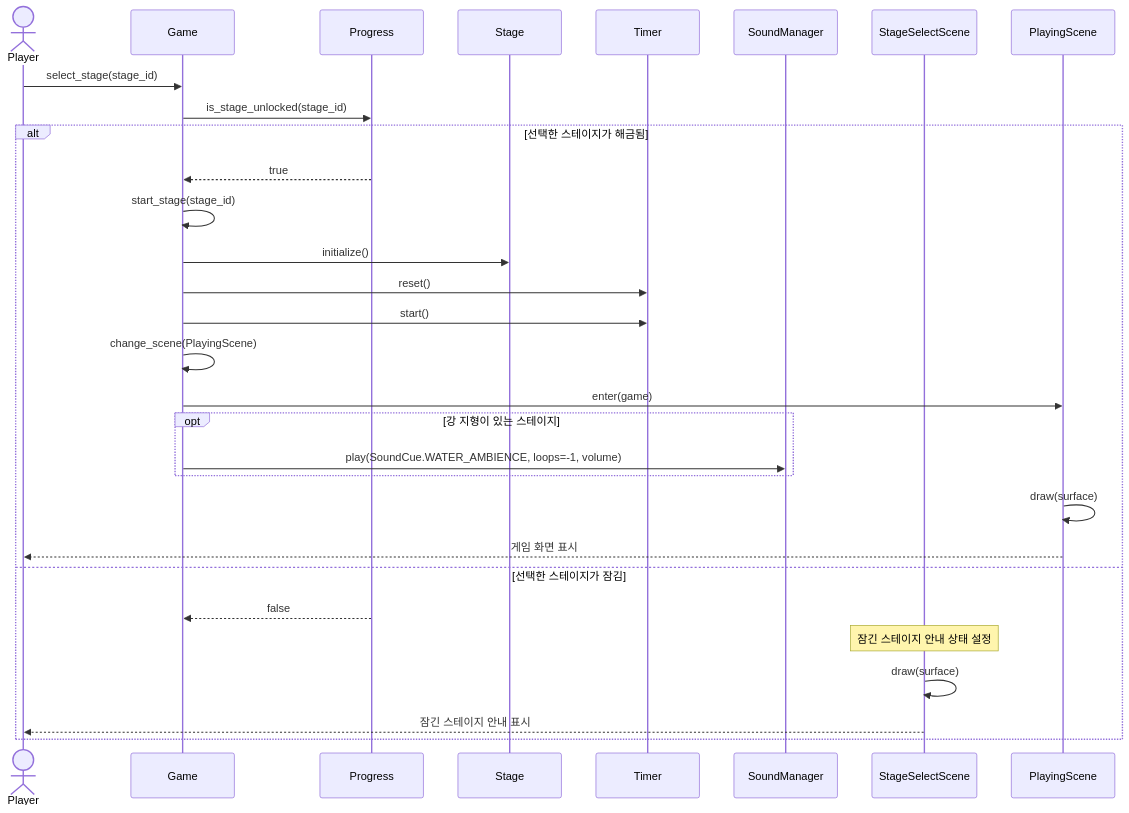
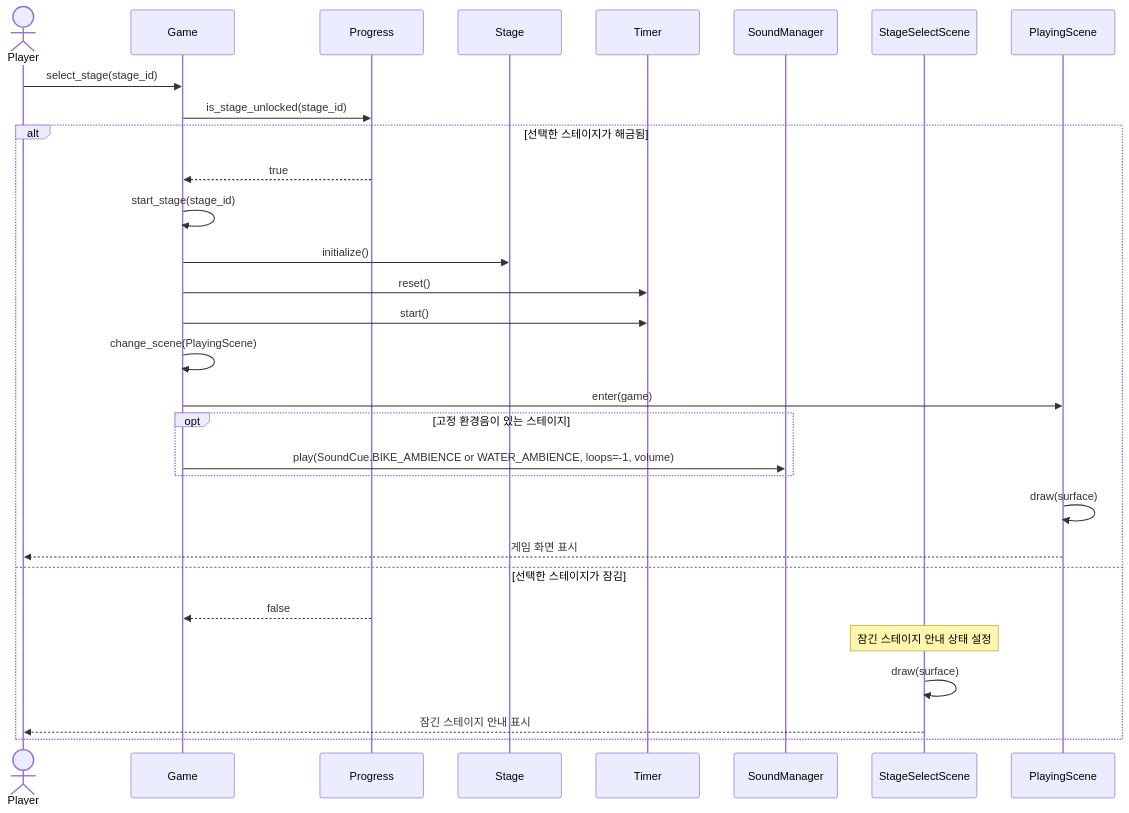
Before and after one commit to wisewo/kongoose: the fourth of 7 diagrams in doc/05_sequence_diagrams.md, drawn with Mermaid. The commit also changed other lines of this file and 23 other files, not shown here.

````diff
--- a/doc/05_sequence_diagrams.md
+++ b/doc/05_sequence_diagrams.md
@@ -90,34 +90,34 @@
 ```mermaid
 sequenceDiagram
     actor User as Player
     participant Game
     participant Progress
     participant Stage
     participant Timer
     participant SoundManager
     participant StageSelectScene
     participant PlayingScene
 
     User->>Game: select_stage(stage_id)
     Game->>Progress: is_stage_unlocked(stage_id)
 
     alt 선택한 스테이지가 해금됨
         Progress-->>Game: true
         Game->>Game: start_stage(stage_id)
         Game->>Stage: initialize()
         Game->>Timer: reset()
         Game->>Timer: start()
         Game->>Game: change_scene(PlayingScene)
         Game->>PlayingScene: enter(game)
-        opt 강 지형이 있는 스테이지
-            Game->>SoundManager: play(SoundCue.WATER_AMBIENCE, loops=-1, volume)
+        opt 고정 환경음이 있는 스테이지
+            Game->>SoundManager: play(SoundCue.BIKE_AMBIENCE or WATER_AMBIENCE, loops=-1, volume)
         end
         PlayingScene->>PlayingScene: draw(surface)
         PlayingScene-->>User: 게임 화면 표시
     else 선택한 스테이지가 잠김
         Progress-->>Game: false
         Note over StageSelectScene: 잠긴 스테이지 안내 상태 설정
         StageSelectScene->>StageSelectScene: draw(surface)
         StageSelectScene-->>User: 잠긴 스테이지 안내 표시
     end
 ```
````
